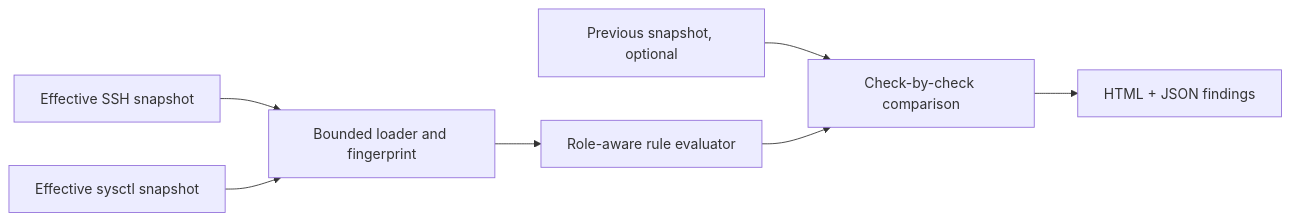
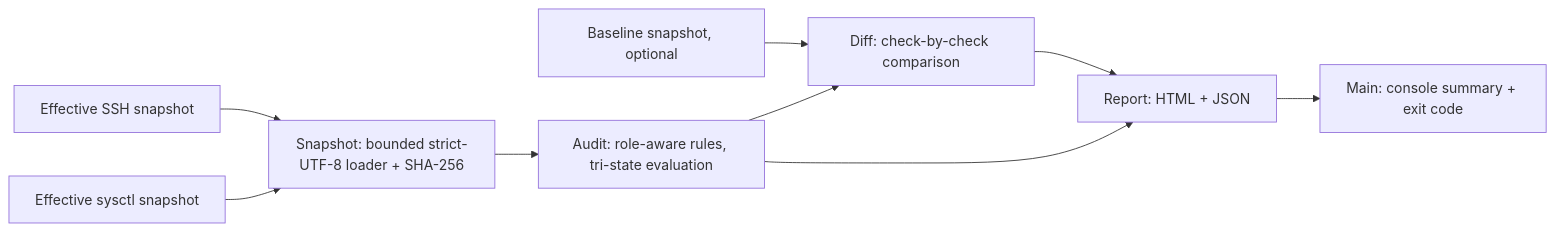
The diagram in README.md (Mariaax6/hostbaseline), drawn with Mermaid before and after one commit. The commit also changed other lines of this file and 43 other files, not shown here.

````diff
--- a/README.md
+++ b/README.md
@@ -78,9 +106,11 @@
 ```mermaid
 flowchart LR
-  S[Effective SSH snapshot] --> L[Bounded loader and fingerprint]
+  S[Effective SSH snapshot] --> L[Snapshot: bounded strict-UTF-8 loader + SHA-256]
   N[Effective sysctl snapshot] --> L
-  L --> E[Role-aware rule evaluator]
-  B[Previous snapshot, optional] --> D[Check-by-check comparison]
+  L --> E[Audit: role-aware rules, tri-state evaluation]
+  B[Baseline snapshot, optional] --> D[Diff: check-by-check comparison]
   E --> D
-  D --> R[HTML + JSON findings]
+  D --> R[Report: HTML + JSON]
+  E --> R
+  R --> C[Main: console summary + exit code]
 ```
````
